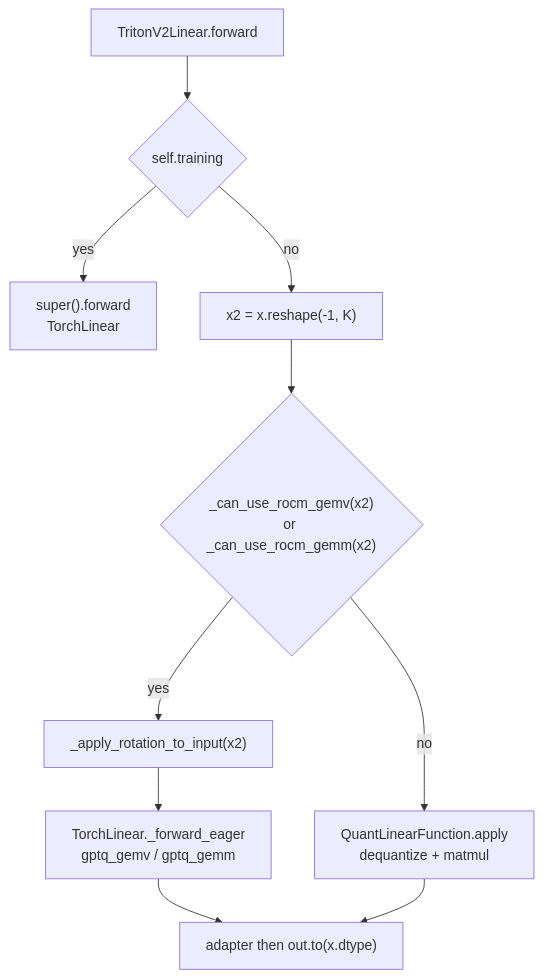
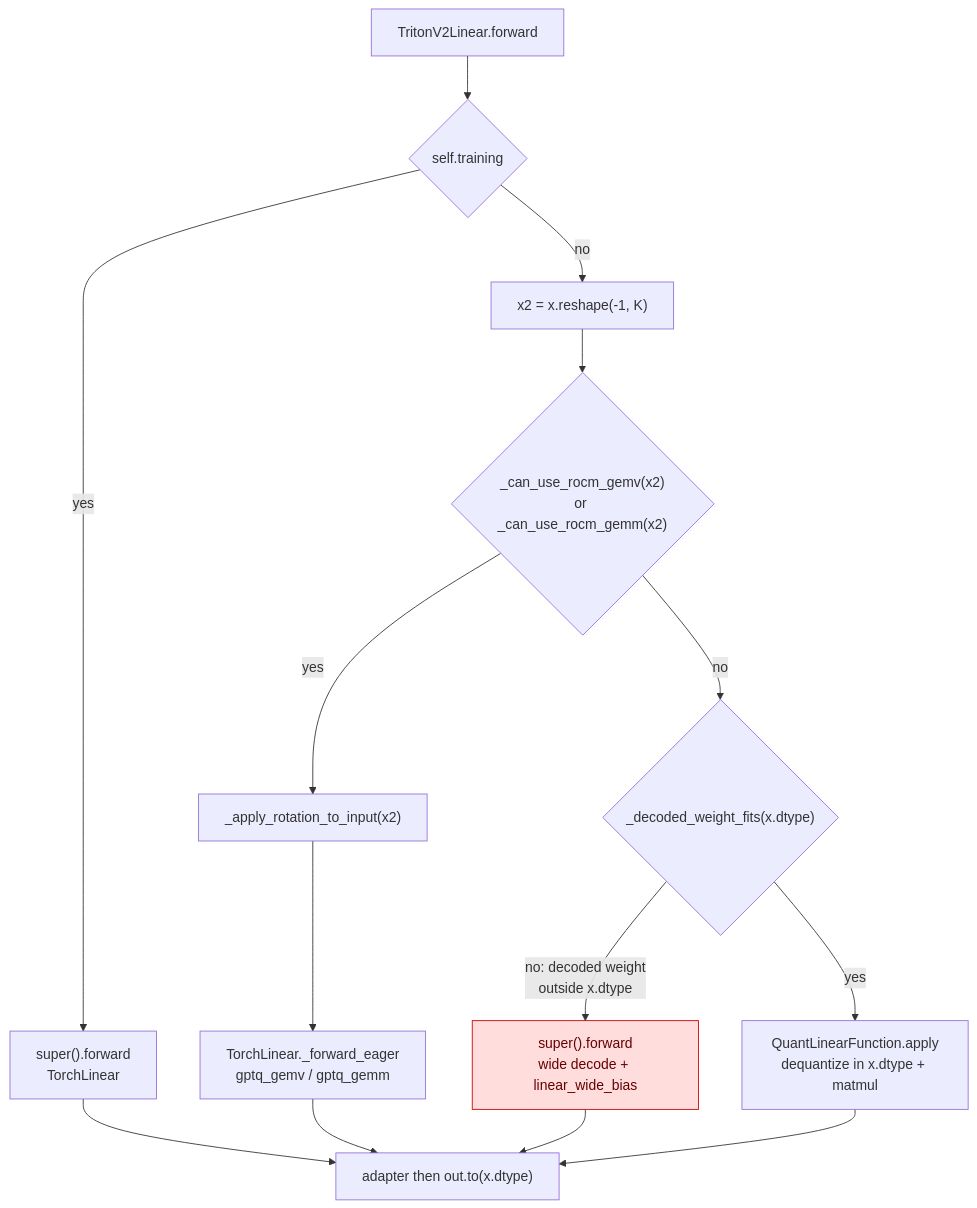
One commit to ModelCloud/GPTQModel changed the first of 5 diagrams in docs/triton-dispatch.md. Above: the diagram before and after it, drawn with Mermaid. The commit also changed other lines of this file and 3 other files, not shown here.

````diff
--- a/docs/triton-dispatch.md
+++ b/docs/triton-dispatch.md
@@ -30,12 +32,18 @@
 ```mermaid
 flowchart TD
     A["TritonV2Linear.forward"] --> B{"self.training"}
     B -->|"yes"| C["super().forward<br/>TorchLinear"]
     B -->|"no"| D["x2 = x.reshape(-1, K)"]
     D --> E{"_can_use_rocm_gemv(x2)<br/>or _can_use_rocm_gemm(x2)"}
     E -->|"yes"| F["_apply_rotation_to_input(x2)"]
     F --> G["TorchLinear._forward_eager<br/>gptq_gemv / gptq_gemm"]
-    E -->|"no"| H["QuantLinearFunction.apply<br/>dequantize + matmul"]
+    E -->|"no"| R{"_decoded_weight_fits(x.dtype)"}
+    R -->|"no: decoded weight<br/>outside x.dtype"| W["super().forward<br/>wide decode + linear_wide_bias"]:::fallback
+    R -->|"yes"| H["QuantLinearFunction.apply<br/>dequantize in x.dtype + matmul"]
     G --> I["adapter then out.to(x.dtype)"]
     H --> I
+    C --> I
+    W --> I
+
+    classDef fallback fill:#ffdddd,stroke:#cc0000,color:#660000
 ```
````
